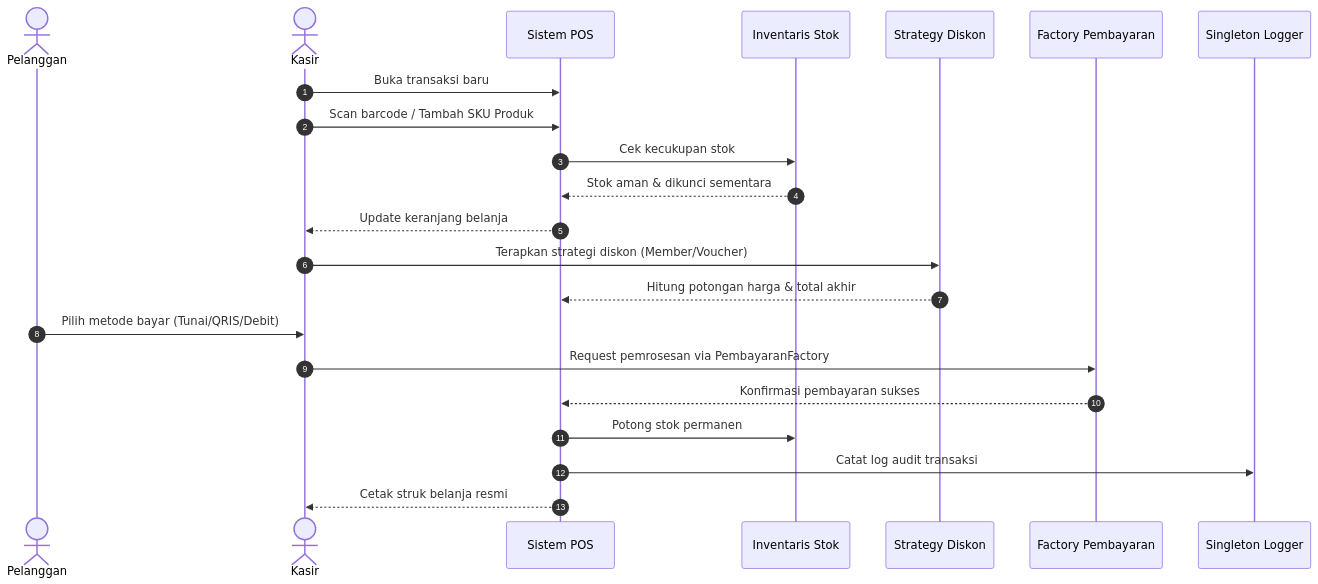
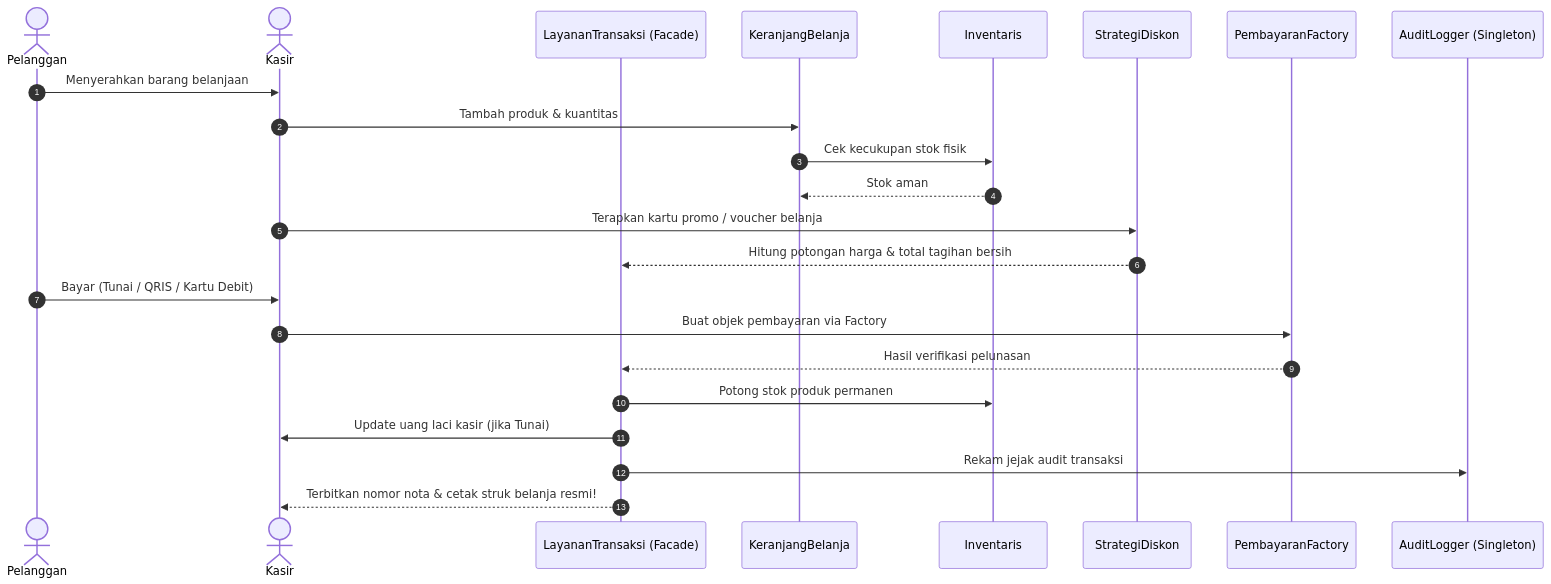
The second of 2 diagrams in 05_capstone_project/smart_pos_system/MATERI.md (antonprafanto/Phyton-OOP), drawn with Mermaid before and after one commit. The commit also changed other lines of this file, not shown here.

````diff
--- a/05_capstone_project/smart_pos_system/MATERI.md
+++ b/05_capstone_project/smart_pos_system/MATERI.md
@@ -147,28 +256,29 @@
 ```mermaid
 sequenceDiagram
     autonumber
     actor Pelanggan
     actor Kasir
-    participant POS as Sistem POS
-    participant Inv as Inventaris Stok
-    participant Promo as Strategy Diskon
-    participant Pay as Factory Pembayaran
-    participant Log as Singleton Logger
+    participant POS as LayananTransaksi (Facade)
+    participant Cart as KeranjangBelanja
+    participant Inv as Inventaris
+    participant Promo as StrategiDiskon
+    participant Pay as PembayaranFactory
+    participant Log as AuditLogger (Singleton)
 
-    Kasir->>POS: Buka transaksi baru
-    Kasir->>POS: Scan barcode / Tambah SKU Produk
-    POS->>Inv: Cek kecukupan stok
-    Inv-->>POS: Stok aman & dikunci sementara
-    POS-->>Kasir: Update keranjang belanja
+    Pelanggan->>Kasir: Menyerahkan barang belanjaan
+    Kasir->>Cart: Tambah produk & kuantitas
+    Cart->>Inv: Cek kecukupan stok fisik
+    Inv-->>Cart: Stok aman
     
-    Kasir->>Promo: Terapkan strategi diskon (Member/Voucher)
-    Promo-->>POS: Hitung potongan harga & total akhir
+    Kasir->>Promo: Terapkan kartu promo / voucher belanja
+    Promo-->>POS: Hitung potongan harga & total tagihan bersih
     
-    Pelanggan->>Kasir: Pilih metode bayar (Tunai/QRIS/Debit)
-    Kasir->>Pay: Request pemrosesan via PembayaranFactory
-    Pay-->>POS: Konfirmasi pembayaran sukses
+    Pelanggan->>Kasir: Bayar (Tunai / QRIS / Kartu Debit)
+    Kasir->>Pay: Buat objek pembayaran via Factory
+    Pay-->>POS: Hasil verifikasi pelunasan
     
-    POS->>Inv: Potong stok permanen
-    POS->>Log: Catat log audit transaksi
-    POS-->>Kasir: Cetak struk belanja resmi
+    POS->>Inv: Potong stok produk permanen
+    POS->>Kasir: Update uang laci kasir (jika Tunai)
+    POS->>Log: Rekam jejak audit transaksi
+    POS-->>Kasir: Terbitkan nomor nota & cetak struk belanja resmi!
 ```
````
